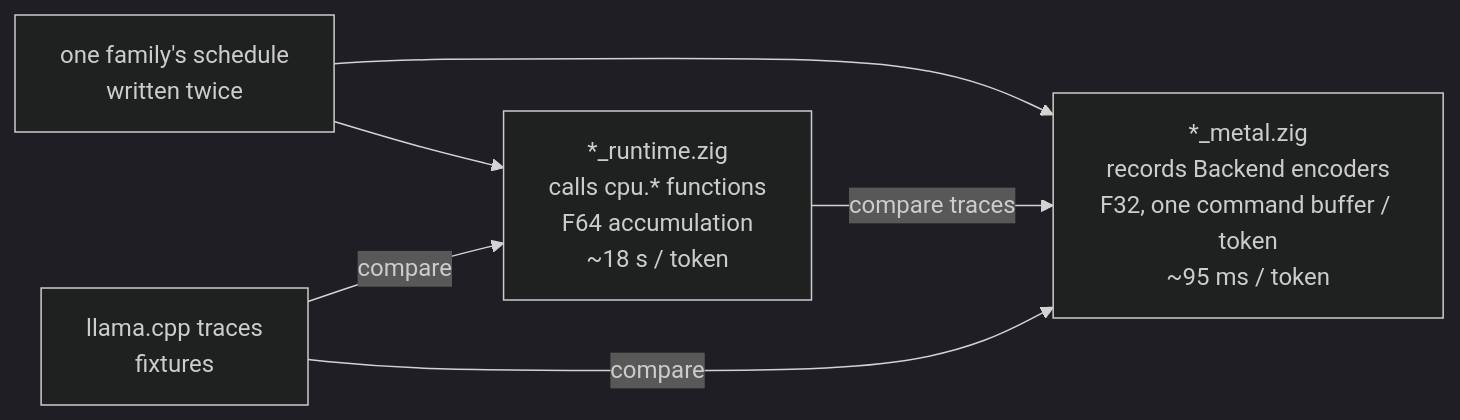
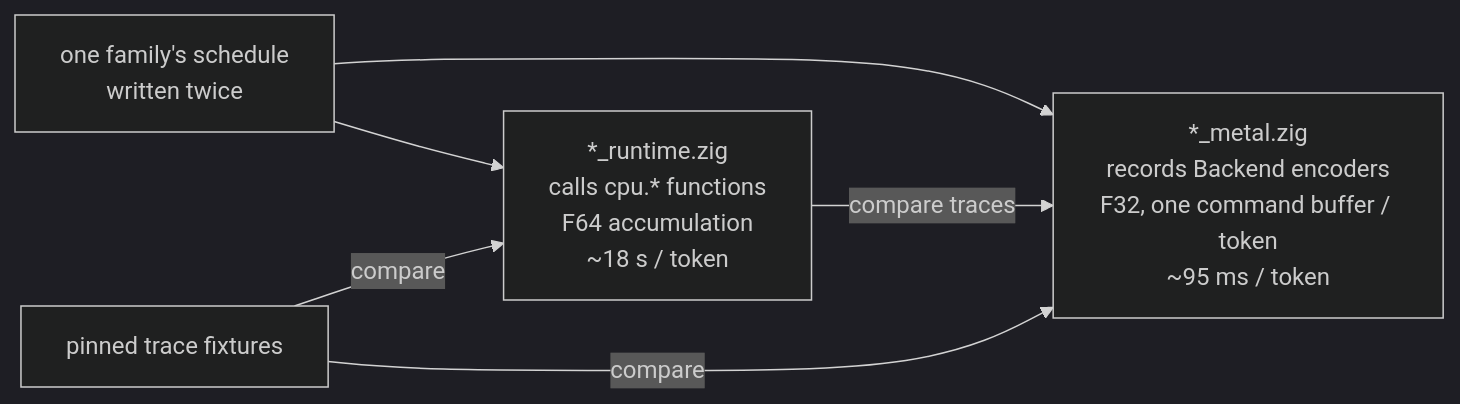
The sixth of 10 diagrams in docs/architecture.md (tildaslashalef/nuclis), drawn with Mermaid (dark theme) before and after one commit. The commit also changed other lines of this file and 49 other files, not shown here.

````diff
--- a/docs/architecture.md
+++ b/docs/architecture.md
@@ -396,8 +396,8 @@
 ```mermaid
 flowchart LR
     sched[one family's schedule\nwritten twice] --> cpu[*_runtime.zig\ncalls cpu.* functions\nF64 accumulation\n~18 s / token]
     sched --> gpu[*_metal.zig\nrecords Backend encoders\nF32, one command buffer / token\n~95 ms / token]
     cpu -- compare traces --> gpu
-    ref[llama.cpp traces\nfixtures] -- compare --> cpu
-    ref -- compare --> gpu
+    fx[pinned trace fixtures] -- compare --> cpu
+    fx -- compare --> gpu
 ```
````
